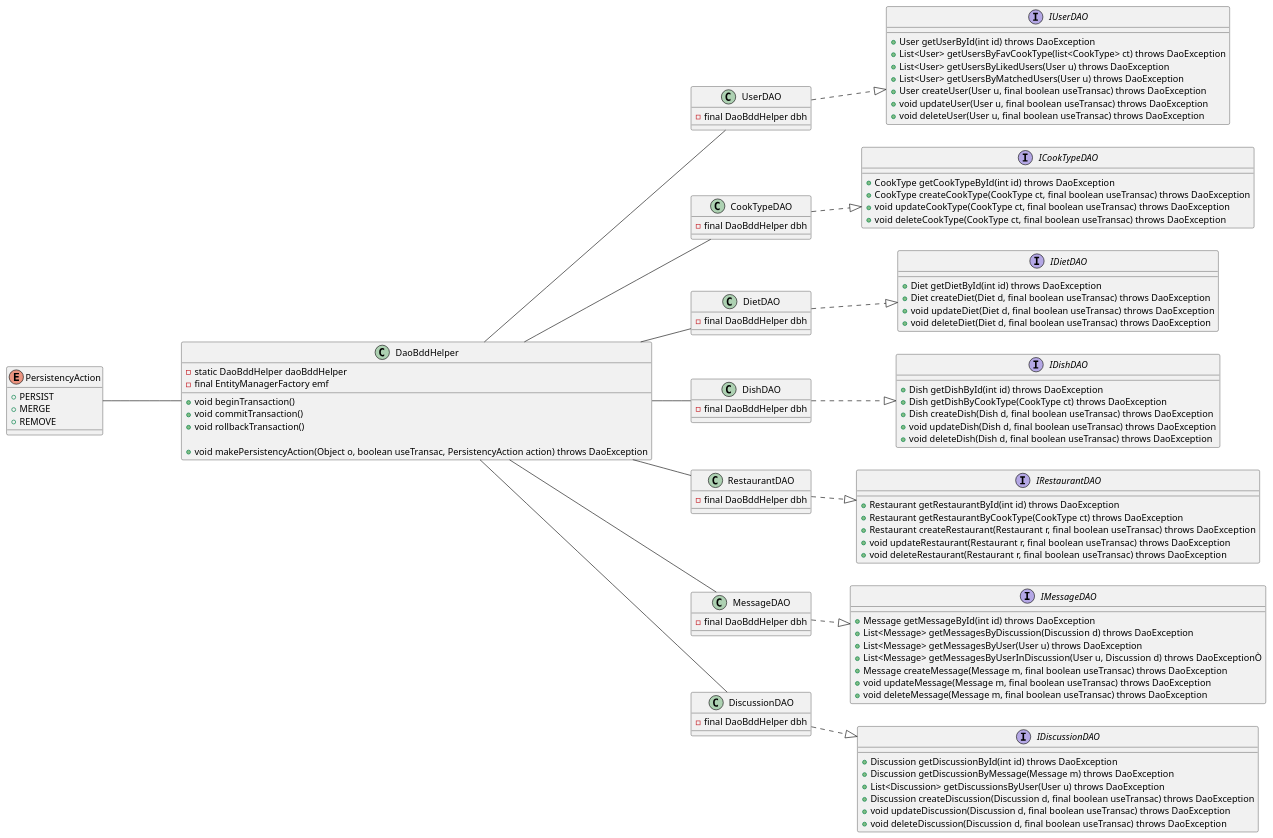
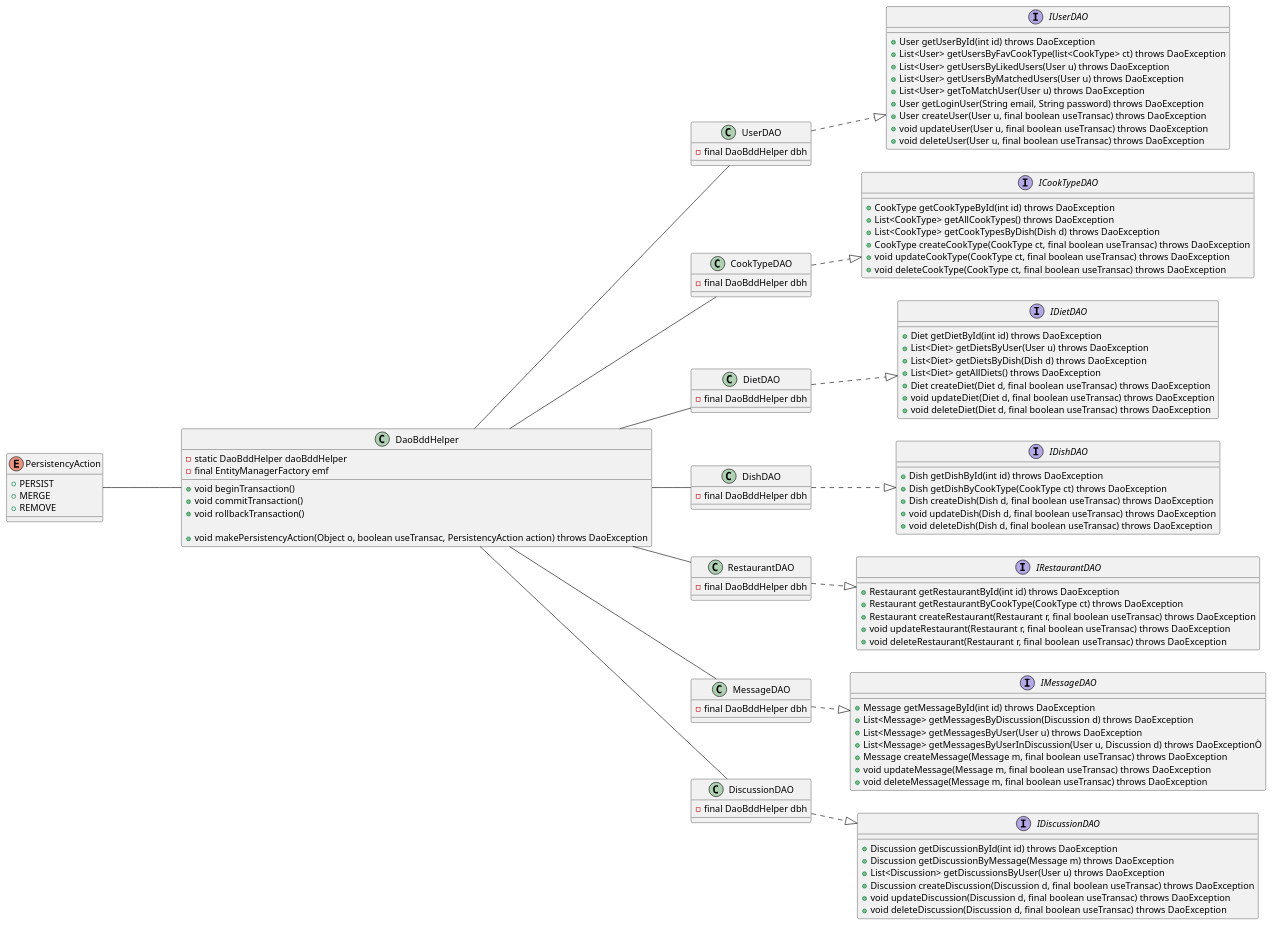
The diagram in class/dao.puml (UPPA-s-University-Projects/M1_SIGLIS-MeetBallsUML), drawn with PlantUML before and after one commit. The commit also changed 2 other files, not shown here.

Commit message:
Fix class diagrams

```diff
--- a/class/dao.puml
+++ b/class/dao.puml
@@ -1,148 +1,155 @@
 @startuml
 
 left to right direction
 
 Class "DaoBddHelper" as daoBddHelper{
     - static DaoBddHelper daoBddHelper
     - final EntityManagerFactory emf
 
     + void beginTransaction()
     + void commitTransaction()
     + void rollbackTransaction()
 
     + void makePersistencyAction(Object o, boolean useTransac, PersistencyAction action) throws DaoException
 }
 
 Enum "PersistencyAction" as persistencyAction{
     + PERSIST
     + MERGE
     + REMOVE
 }
 
 Interface "IUserDAO" as iPersonDAO{
     + User getUserById(int id) throws DaoException
     + List<User> getUsersByFavCookType(list<CookType> ct) throws DaoException
     + List<User> getUsersByLikedUsers(User u) throws DaoException
     + List<User> getUsersByMatchedUsers(User u) throws DaoException
+    + List<User> getToMatchUser(User u) throws DaoException
+    + User getLoginUser(String email, String password) throws DaoException
     + User createUser(User u, final boolean useTransac) throws DaoException
     + void updateUser(User u, final boolean useTransac) throws DaoException
     + void deleteUser(User u, final boolean useTransac) throws DaoException
 }
 
 Class "UserDAO" as personDAO{
 
     - final DaoBddHelper dbh
 
 }
 
 Interface "ICookTypeDAO" as iCookTypeDAO{
     + CookType getCookTypeById(int id) throws DaoException
+    + List<CookType> getAllCookTypes() throws DaoException
+    + List<CookType> getCookTypesByDish(Dish d) throws DaoException
     + CookType createCookType(CookType ct, final boolean useTransac) throws DaoException
     + void updateCookType(CookType ct, final boolean useTransac) throws DaoException
     + void deleteCookType(CookType ct, final boolean useTransac) throws DaoException
 }
 
 Class "CookTypeDAO" as cookTypeDAO{
 
     - final DaoBddHelper dbh
 
 }
 
 Interface "IDietDAO" as iDietDAO{
     + Diet getDietById(int id) throws DaoException
+    + List<Diet> getDietsByUser(User u) throws DaoException
+    + List<Diet> getDietsByDish(Dish d) throws DaoException
+    + List<Diet> getAllDiets() throws DaoException
     + Diet createDiet(Diet d, final boolean useTransac) throws DaoException
     + void updateDiet(Diet d, final boolean useTransac) throws DaoException
     + void deleteDiet(Diet d, final boolean useTransac) throws DaoException
 }
 
 Class "DietDAO" as dietDAO{
 
     - final DaoBddHelper dbh
 
 }
 
 Interface "IDishDAO" as iDishDAO{
     + Dish getDishById(int id) throws DaoException
     + Dish getDishByCookType(CookType ct) throws DaoException
     + Dish createDish(Dish d, final boolean useTransac) throws DaoException
     + void updateDish(Dish d, final boolean useTransac) throws DaoException
     + void deleteDish(Dish d, final boolean useTransac) throws DaoException
 }
 
 Class "DishDAO" as dishDAO{
 
     - final DaoBddHelper dbh
 
 }
 
 Interface "IRestaurantDAO" as iRestaurantDAO{
     + Restaurant getRestaurantById(int id) throws DaoException
     + Restaurant getRestaurantByCookType(CookType ct) throws DaoException
     + Restaurant createRestaurant(Restaurant r, final boolean useTransac) throws DaoException
     + void updateRestaurant(Restaurant r, final boolean useTransac) throws DaoException
     + void deleteRestaurant(Restaurant r, final boolean useTransac) throws DaoException
 }
 
 Class "RestaurantDAO" as restaurantDAO{
     - final DaoBddHelper dbh
 
 }
 
 
 Interface "IMessageDAO" as iMessageDAO{
     + Message getMessageById(int id) throws DaoException
     + List<Message> getMessagesByDiscussion(Discussion d) throws DaoException
     + List<Message> getMessagesByUser(User u) throws DaoException
     + List<Message> getMessagesByUserInDiscussion(User u, Discussion d) throws DaoExceptionÒ
     + Message createMessage(Message m, final boolean useTransac) throws DaoException
     + void updateMessage(Message m, final boolean useTransac) throws DaoException
     + void deleteMessage(Message m, final boolean useTransac) throws DaoException
 }
 
 Class "MessageDAO" as messagingDAO{
     - final DaoBddHelper dbh
 
 }
 
 
 
 Interface "IDiscussionDAO" as iDiscussionDAO{
     + Discussion getDiscussionById(int id) throws DaoException
     + Discussion getDiscussionByMessage(Message m) throws DaoException
     + List<Discussion> getDiscussionsByUser(User u) throws DaoException
     + Discussion createDiscussion(Discussion d, final boolean useTransac) throws DaoException
     + void updateDiscussion(Discussion d, final boolean useTransac) throws DaoException
     + void deleteDiscussion(Discussion d, final boolean useTransac) throws DaoException
 }
 
 Class "DiscussionDAO" as discussDAO{
     - final DaoBddHelper dbh
 
 }
 
 persistencyAction --- daoBddHelper
 
 daoBddHelper -- personDAO
 daoBddHelper -- cookTypeDAO
 daoBddHelper -- dietDAO
 daoBddHelper -- dishDAO
 daoBddHelper -- restaurantDAO
 daoBddHelper -- messagingDAO
 daoBddHelper -- discussDAO
 
 personDAO ..|> iPersonDAO
 cookTypeDAO ..|>  iCookTypeDAO
 
 dietDAO ..|>  iDietDAO
 
 dishDAO ..|>  iDishDAO
 restaurantDAO  ..|> iRestaurantDAO
 messagingDAO  ..|> iMessageDAO
 discussDAO  ..|> iDiscussionDAO
 
 
 
 
 
 
 @enduml
```
